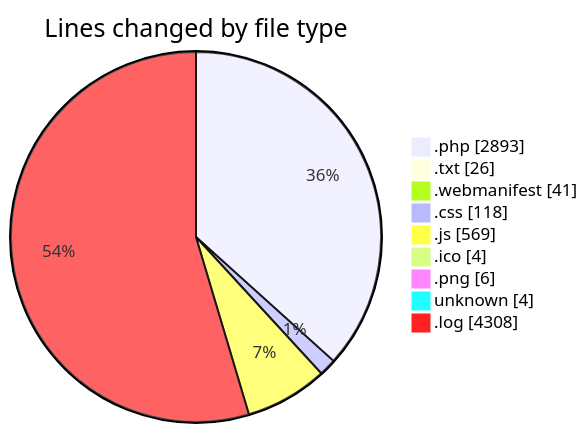
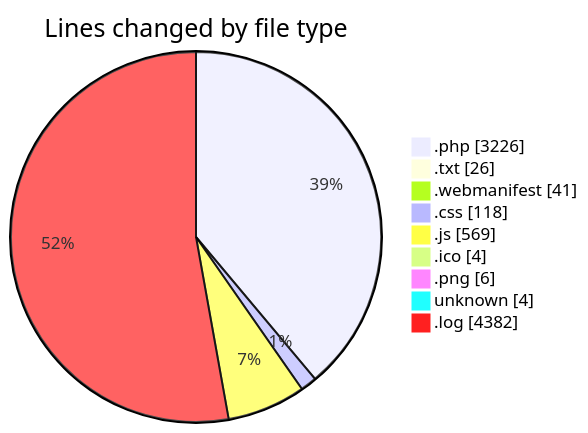
The first of 2 diagrams in 2025-08-20/quytuthien_vn/README.md (lephambinh05/code-tracking), drawn with Mermaid before and after one commit. The commit also changed other lines of this file and 1 other file, not shown here.

````diff
--- a/2025-08-20/quytuthien_vn/README.md
+++ b/2025-08-20/quytuthien_vn/README.md
@@ -88,13 +94,13 @@
 ```mermaid
 pie showData
 title Lines changed by file type
-".php" : 2893
+".php" : 3226
 ".txt" : 26
 ".webmanifest" : 41
 ".css" : 118
 ".js" : 569
 ".ico" : 4
 ".png" : 6
 "unknown" : 4
-".log" : 4308
+".log" : 4382
 ```
````
